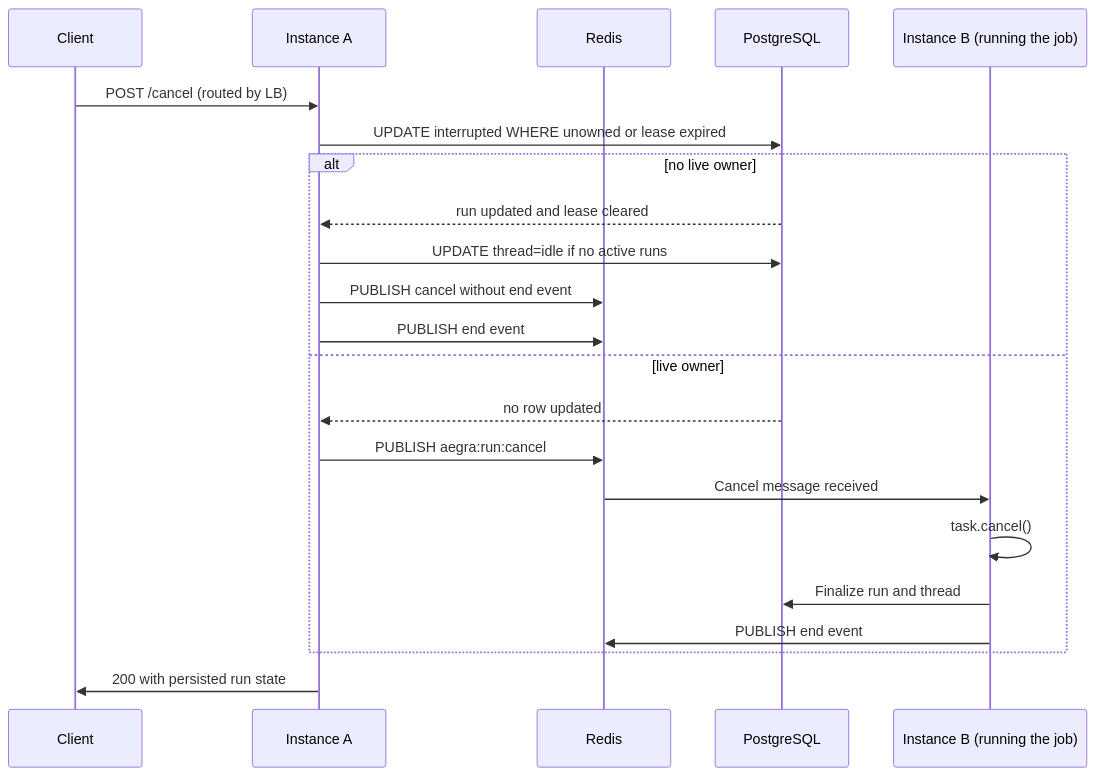
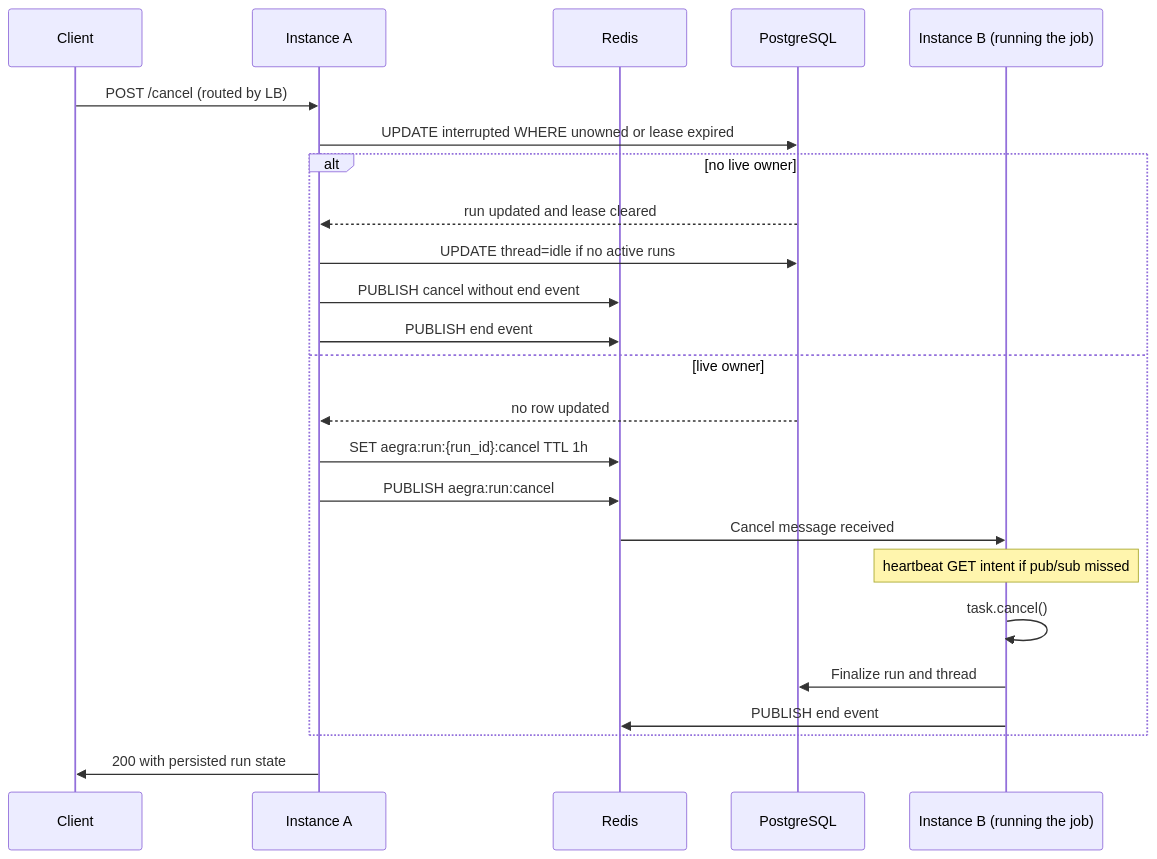
One commit to aegra/aegra changed the sixth of 6 diagrams in docs/guides/worker-architecture.mdx. Above: the diagram before and after it, drawn with Mermaid. The commit also changed other lines of this file and 10 other files, not shown here.

````diff
--- a/docs/guides/worker-architecture.mdx
+++ b/docs/guides/worker-architecture.mdx
@@ -241,25 +241,27 @@
 ```mermaid
 sequenceDiagram
     participant C as Client
     participant A as Instance A
     participant R as Redis
     participant PG as PostgreSQL
     participant B as Instance B (running the job)
 
     C->>A: POST /cancel (routed by LB)
     A->>PG: UPDATE interrupted WHERE unowned or lease expired
     alt no live owner
         PG-->>A: run updated and lease cleared
         A->>PG: UPDATE thread=idle if no active runs
         A->>R: PUBLISH cancel without end event
         A->>R: PUBLISH end event
     else live owner
         PG-->>A: no row updated
+        A->>R: SET aegra:run:{run_id}:cancel TTL 1h
         A->>R: PUBLISH aegra:run:cancel
         R->>B: Cancel message received
+        Note over B: heartbeat GET intent if pub/sub missed
         B->>B: task.cancel()
         B->>PG: Finalize run and thread
         B->>R: PUBLISH end event
     end
     A->>C: 200 with persisted run state
 ```
````
